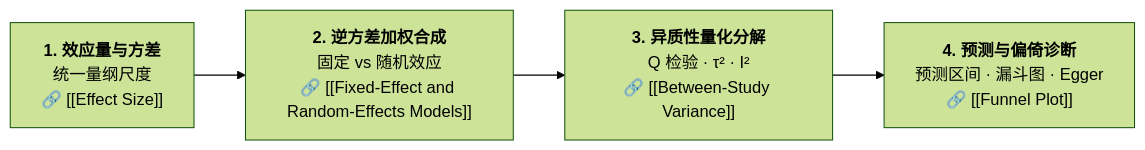
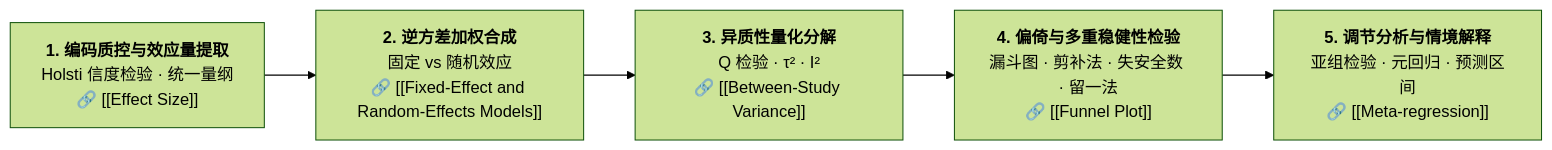
One commit to likemie/vault-notes changed the second of 2 diagrams in wiki/methods/quantitative/Meta-analysis.md. Above: the diagram before and after it, drawn with Mermaid (forest theme). The commit also changed other lines of this file and 2 other files, not shown here.

````diff
--- a/wiki/methods/quantitative/Meta-analysis.md
+++ b/wiki/methods/quantitative/Meta-analysis.md
@@ -172,6 +175,7 @@
 ```mermaid
 flowchart LR
-    A["<b>1. 效应量与方差</b><br>统一量纲尺度<br>🔗 [[Effect Size]]"] --> B["<b>2. 逆方差加权合成</b><br>固定 vs 随机效应<br>🔗 [[Fixed-Effect and Random-Effects Models]]"]
+    A["<b>1. 编码质控与效应量提取</b><br>Holsti 信度检验 · 统一量纲<br>🔗 [[Effect Size]]"] --> B["<b>2. 逆方差加权合成</b><br>固定 vs 随机效应<br>🔗 [[Fixed-Effect and Random-Effects Models]]"]
     B --> C["<b>3. 异质性量化分解</b><br>Q 检验 · τ² · I²<br>🔗 [[Between-Study Variance]]"]
-    C --> D["<b>4. 预测与偏倚诊断</b><br>预测区间 · 漏斗图 · Egger<br>🔗 [[Funnel Plot]]"]
+    C --> D["<b>4. 偏倚与多重稳健性检验</b><br>漏斗图 · 剪补法 · 失安全数 · 留一法<br>🔗 [[Funnel Plot]]"]
+    D --> E["<b>5. 调节分析与情境解释</b><br>亚组检验 · 元回归 · 预测区间<br>🔗 [[Meta-regression]]"]
 ```
````
